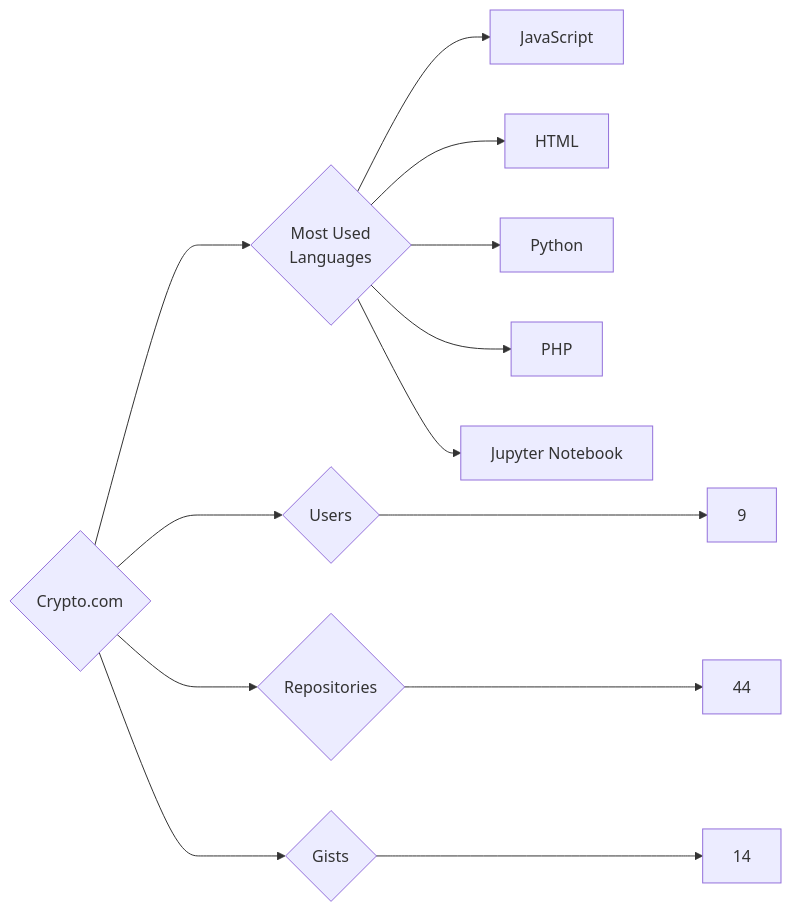
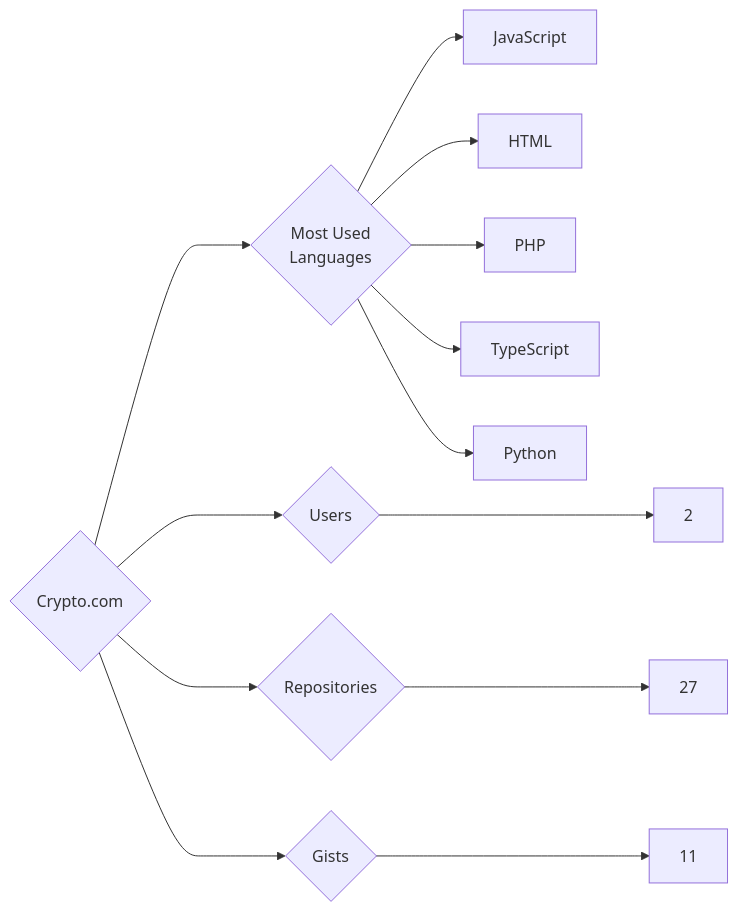
One commit to trickest/insiders changed the diagram in targets/Crypto.com/README.md. Above: the diagram before and after it, drawn with Mermaid. The commit also changed 953 other files, not shown here.

````diff
--- a/targets/Crypto.com/README.md
+++ b/targets/Crypto.com/README.md
@@ -3,13 +3,13 @@
 ```mermaid
 graph LR
 COMPANY_NAME{Crypto.com}
-COMPANY_NAME ---> U{Users} ---> UN[9]
-COMPANY_NAME ---> R{Repositories} ---> RN[44]
-COMPANY_NAME ---> G{Gists} ---> GN[14]
+COMPANY_NAME ---> U{Users} ---> UN[2]
+COMPANY_NAME ---> R{Repositories} ---> RN[27]
+COMPANY_NAME ---> G{Gists} ---> GN[11]
 COMPANY_NAME ---> ML{Most Used<br>Languages}
 ML --> JavaScript[JavaScript]
 ML --> HTML[HTML]
+ML --> PHP[PHP]
+ML --> TypeScript[TypeScript]
 ML --> Python[Python]
-ML --> PHP[PHP]
-ML --> Jupyter_Notebook[Jupyter Notebook]
 ```
````
